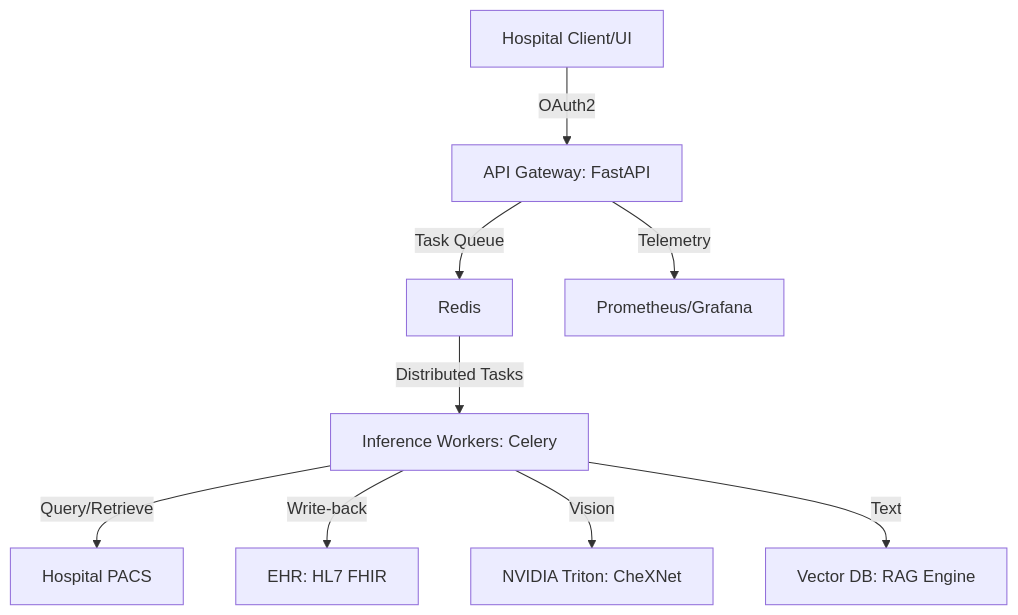
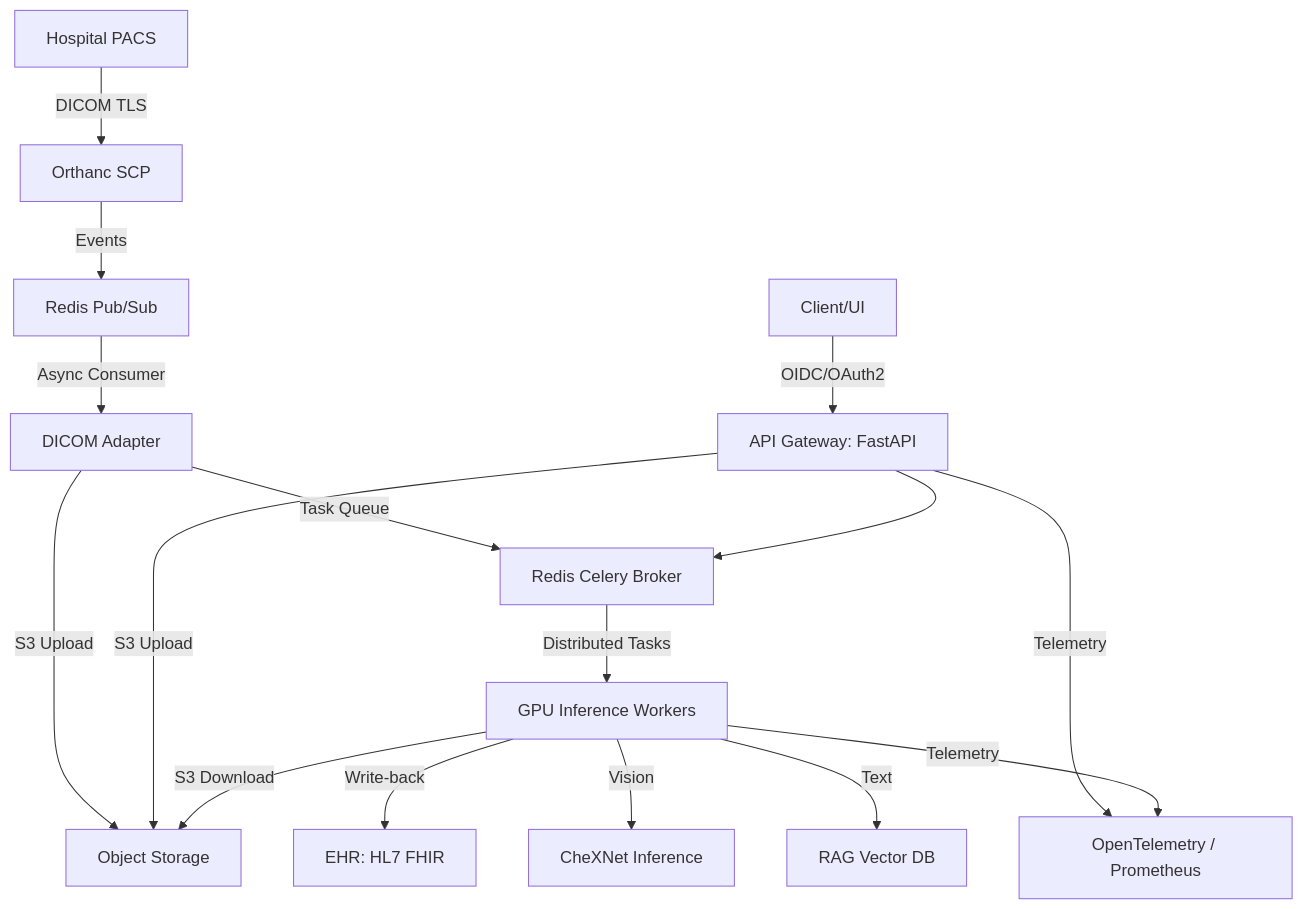
The diagram in README.md (dhruvin0041/Clinica-LENS), drawn with Mermaid before and after one commit. The commit also changed other lines of this file and 17 other files, not shown here.

````diff
--- a/README.md
+++ b/README.md
@@ -57,11 +65,20 @@
 ```mermaid
 graph TD
-    A[Hospital Client/UI] -->|OAuth2| B[API Gateway: FastAPI]
-    B -->|Task Queue| C[Redis]
-    C -->|Distributed Tasks| D[Inference Workers: Celery]
-    D -->|Query/Retrieve| E[Hospital PACS]
+    A[Hospital PACS] -->|DICOM TLS| O[Orthanc SCP]
+    O -->|Events| RQ[Redis Pub/Sub]
+    RQ -->|Async Consumer| DA[DICOM Adapter]
+    DA -->|S3 Upload| S3[Object Storage]
+    DA -->|Task Queue| C[Redis Celery Broker]
+    
+    UI[Client/UI] -->|OIDC/OAuth2| B[API Gateway: FastAPI]
+    B --> C
+    B -->|S3 Upload| S3
+    
+    C -->|Distributed Tasks| D[GPU Inference Workers]
+    D -->|S3 Download| S3
     D -->|Write-back| F[EHR: HL7 FHIR]
-    D -->|Vision| G[NVIDIA Triton: CheXNet]
-    D -->|Text| H[Vector DB: RAG Engine]
-    B -->|Telemetry| I[Prometheus/Grafana]
+    D -->|Vision| G[CheXNet Inference]
+    D -->|Text| H[RAG Vector DB]
+    
+    B & D -->|Telemetry| I[OpenTelemetry / Prometheus]
 ```
````
